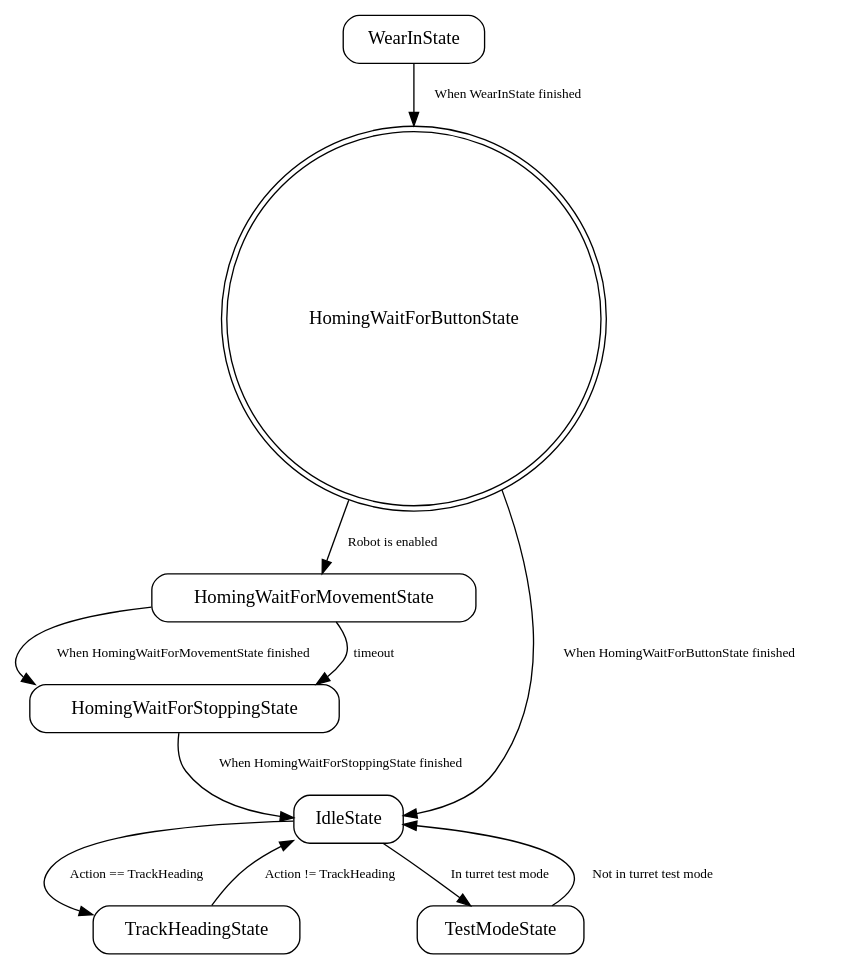
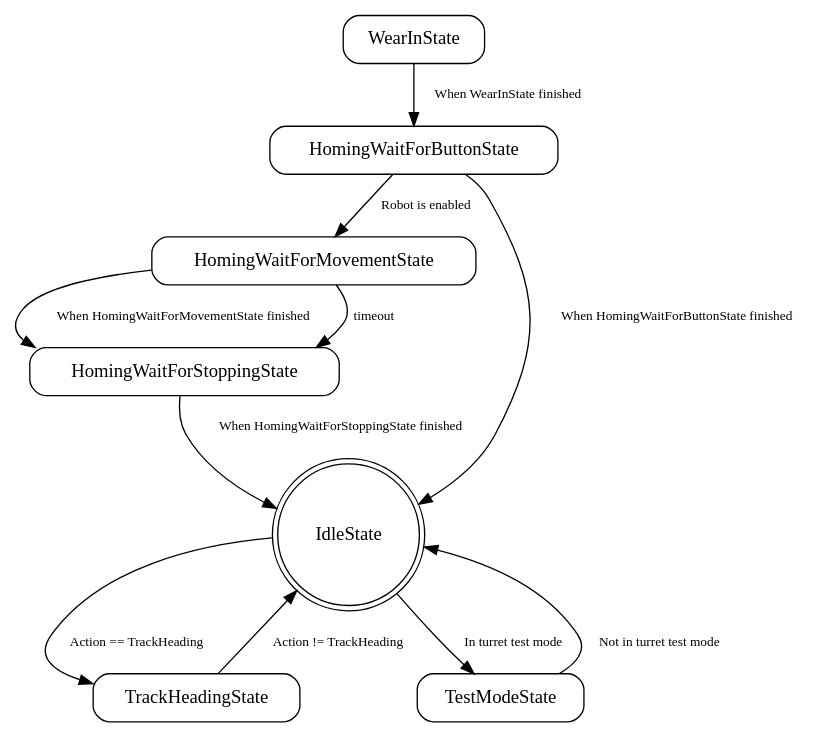
One commit to team401/2026-Robot-Code changed the diagram in state_machine_graphs/turret.dot. Above: the diagram before and after it, drawn with Graphviz. The commit also changed 15 other files, not shown here.

```diff
--- a/state_machine_graphs/turret.dot
+++ b/state_machine_graphs/turret.dot
@@ -1,44 +1,44 @@
 digraph {
 
   // Graphviz Format settings
 
   node [
     shape=box,
     style=rounded
   ];
 
   edge [
     fontsize=10
   ];
 
 
   // States
 
   HomingWaitForMovementState ;
   HomingWaitForStoppingState ;
-  IdleState ;
+  IdleState [shape=doublecircle];
   WearInState ;
   TrackHeadingState ;
   TestModeState ;
-  HomingWaitForButtonState [shape=doublecircle];
+  HomingWaitForButtonState ;
 
   // Transitions
 
   HomingWaitForMovementState -> HomingWaitForStoppingState [label="When HomingWaitForMovementState finished"];
   HomingWaitForMovementState -> HomingWaitForStoppingState [label="timeout"];
 
   HomingWaitForStoppingState -> IdleState [label="When HomingWaitForStoppingState finished"];
 
   IdleState -> TestModeState [label="In turret test mode"];
   IdleState -> TrackHeadingState [label="Action == TrackHeading"];
 
   WearInState -> HomingWaitForButtonState [label="When WearInState finished"];
 
   TrackHeadingState -> IdleState [label="Action != TrackHeading"];
 
   TestModeState -> IdleState [label="Not in turret test mode"];
 
   HomingWaitForButtonState -> IdleState [label="When HomingWaitForButtonState finished"];
   HomingWaitForButtonState -> HomingWaitForMovementState [label="Robot is enabled"];
 
 }
```
